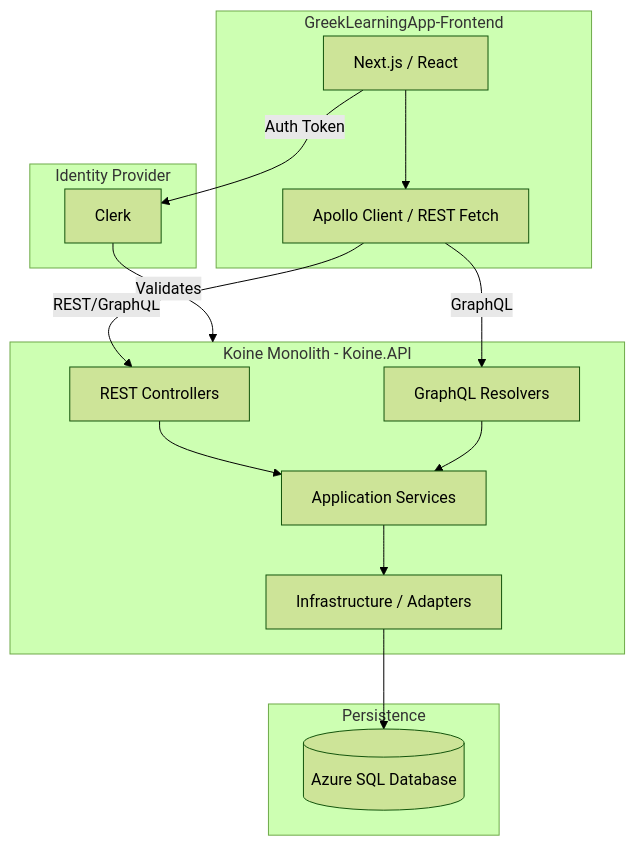
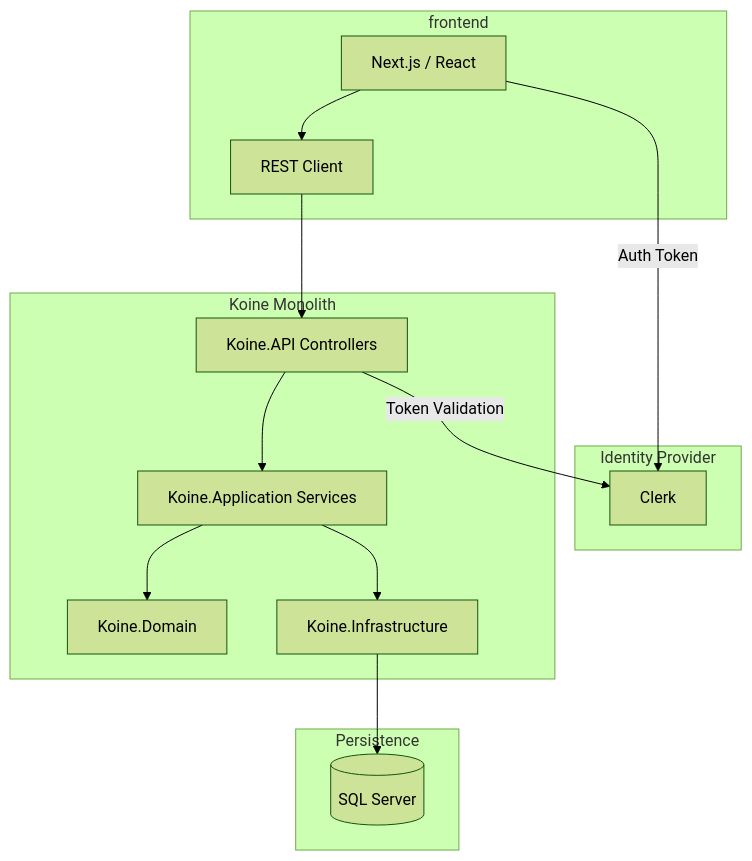
Before and after one commit to Dylan-Howard/greek-learning-app: the diagram in docs/system-overview.md, drawn with Mermaid (forest theme). The commit also changed other lines of this file and 491 other files, not shown here.

````diff
--- a/docs/system-overview.md
+++ b/docs/system-overview.md
@@ -6,32 +6,31 @@
 ```mermaid
 graph TD
-    subgraph Frontend [GreekLearningApp-Frontend]
+    subgraph Frontend [frontend]
         UI[Next.js / React]
-        Apollo[Apollo Client / REST Fetch]
+        Client[REST Client]
     end
 
     subgraph Auth [Identity Provider]
         Clerk[Clerk]
     end
 
-    subgraph Backend [Koine Monolith - Koine.API]
-        Controllers[REST Controllers]
-        GQL[GraphQL Resolvers]
-        AppServices[Application Services]
-        Infrastructure[Infrastructure / Adapters]
+    subgraph Backend [Koine Monolith]
+        API[Koine.API Controllers]
+        App[Koine.Application Services]
+        Domain[Koine.Domain]
+        Infra[Koine.Infrastructure]
     end
 
     subgraph Storage [Persistence]
-        DB[(Azure SQL Database)]
+        DB[(SQL Server)]
     end
 
-    UI --> Apollo
-    Apollo -- REST/GraphQL --> Controllers
-    Apollo -- GraphQL --> GQL
-    Controllers --> AppServices
-    GQL --> AppServices
-    AppServices --> Infrastructure
-    Infrastructure --> DB
+    UI --> Client
+    Client --> API
+    API --> App
+    App --> Domain
+    App --> Infra
+    Infra --> DB
     UI -- Auth Token --> Clerk
-    Clerk -- Validates --> Backend
+    API -- Token Validation --> Clerk
 ```
````
